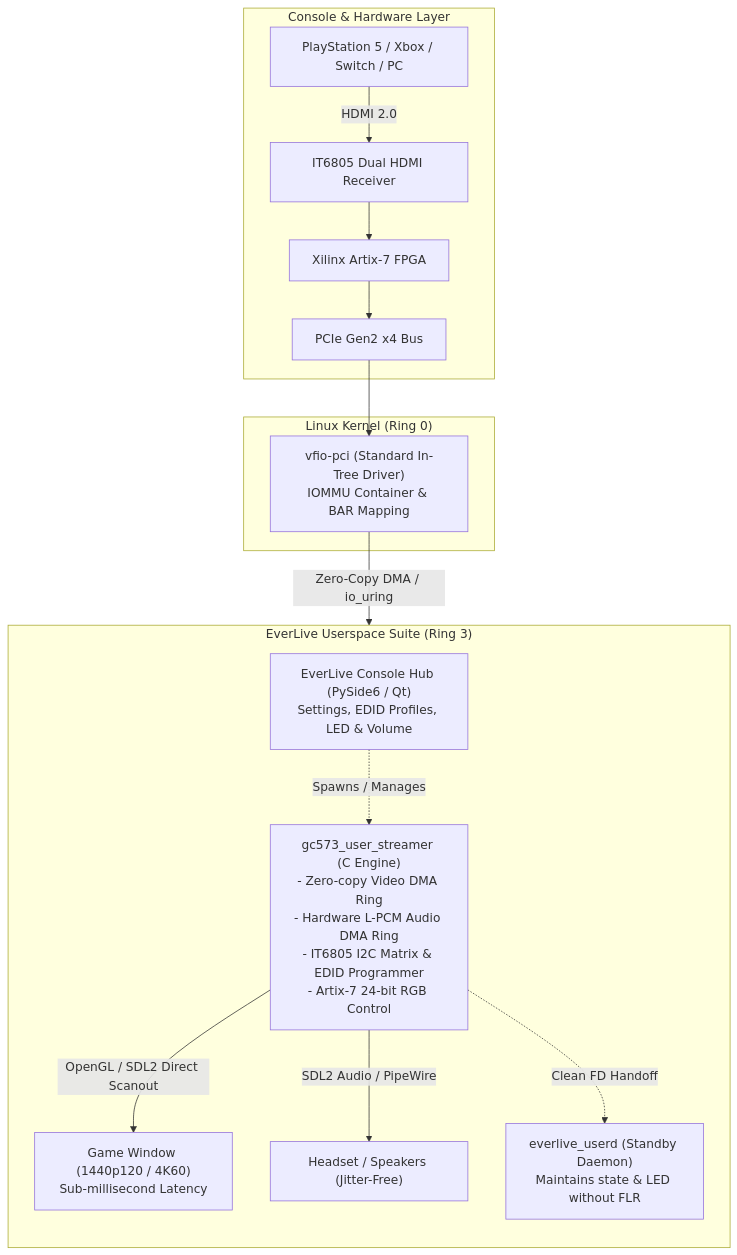
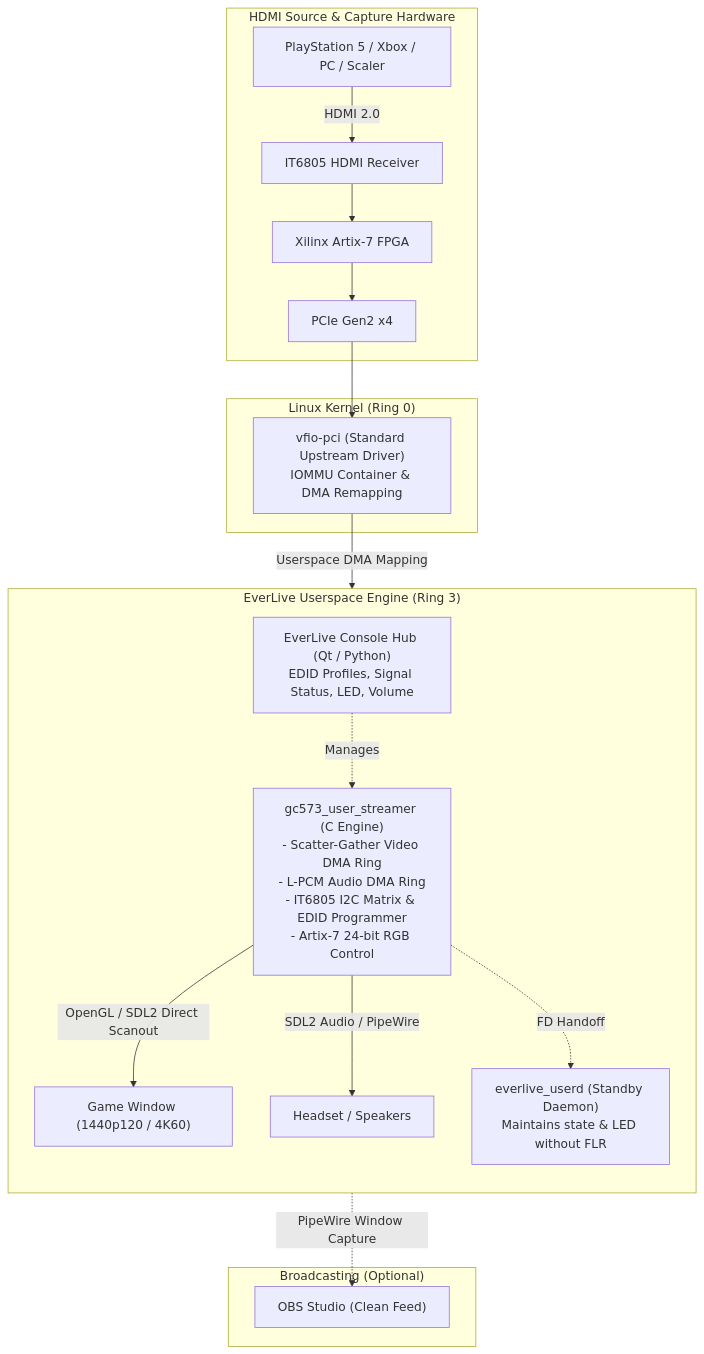
The diagram in README.md (Everlite/EverLive), drawn with Mermaid before and after one commit. The commit also changed other lines of this file, not shown here.

````diff
--- a/README.md
+++ b/README.md
@@ -106,24 +140,28 @@
 ```mermaid
 flowchart TD
-  subgraph HW["Console & Hardware Layer"]
-    ps5["PlayStation 5 / Xbox / Switch / PC"] -->|HDMI 2.0| it6805["IT6805 Dual HDMI Receiver"]
+  subgraph Hardware["HDMI Source & Capture Hardware"]
+    source["PlayStation 5 / Xbox / PC / Scaler"] -->|HDMI 2.0| it6805["IT6805 HDMI Receiver"]
     it6805 --> fpga["Xilinx Artix-7 FPGA"]
-    fpga --> pcie["PCIe Gen2 x4 Bus"]
+    fpga --> pcie["PCIe Gen2 x4"]
   end
 
   subgraph Kernel["Linux Kernel (Ring 0)"]
-    vfio["vfio-pci (Standard In-Tree Driver)<br/>IOMMU Container & BAR Mapping"]
+    vfio["vfio-pci (Standard Upstream Driver)<br/>IOMMU Container & DMA Remapping"]
     pcie --> vfio
   end
 
-  subgraph Userspace["EverLive Userspace Suite (Ring 3)"]
+  subgraph Userspace["EverLive Userspace Engine (Ring 3)"]
     direction TB
-    vfio -->|"Zero-Copy DMA / io_uring"| streamer["gc573_user_streamer (C Engine)<br/>- Zero-copy Video DMA Ring<br/>- Hardware L-PCM Audio DMA Ring<br/>- IT6805 I2C Matrix & EDID Programmer<br/>- Artix-7 24-bit RGB Control"]
+    vfio -->|"Userspace DMA Mapping"| streamer["gc573_user_streamer (C Engine)<br/>- Scatter-Gather Video DMA Ring<br/>- L-PCM Audio DMA Ring<br/>- IT6805 I2C Matrix & EDID Programmer<br/>- Artix-7 24-bit RGB Control"]
     
-    streamer -->|"OpenGL / SDL2 Direct Scanout"| display["Game Window (1440p120 / 4K60)<br/>Sub-millisecond Latency"]
-    streamer -->|"SDL2 Audio / PipeWire"| audio["Headset / Speakers (Jitter-Free)"]
+    streamer -->|"OpenGL / SDL2 Direct Scanout"| window["Game Window (1440p120 / 4K60)"]
+    streamer -->|"SDL2 Audio / PipeWire"| audio["Headset / Speakers"]
 
-    gui["EverLive Console Hub (PySide6 / Qt)<br/>Settings, EDID Profiles, LED & Volume"] -.->|Spawns / Manages| streamer
-    streamer -.->|"Clean FD Handoff"| daemon["everlive_userd (Standby Daemon)<br/>Maintains state & LED without FLR"]
+    gui["EverLive Console Hub (Qt / Python)<br/>EDID Profiles, Signal Status, LED, Volume"] -.->|Manages| streamer
+    streamer -.->|"FD Handoff"| daemon["everlive_userd (Standby Daemon)<br/>Maintains state & LED without FLR"]
+  end
+
+  subgraph OBS["Broadcasting (Optional)"]
+    window -.->|"PipeWire Window Capture"| obspw["OBS Studio (Clean Feed)"]
   end
 ```
````
